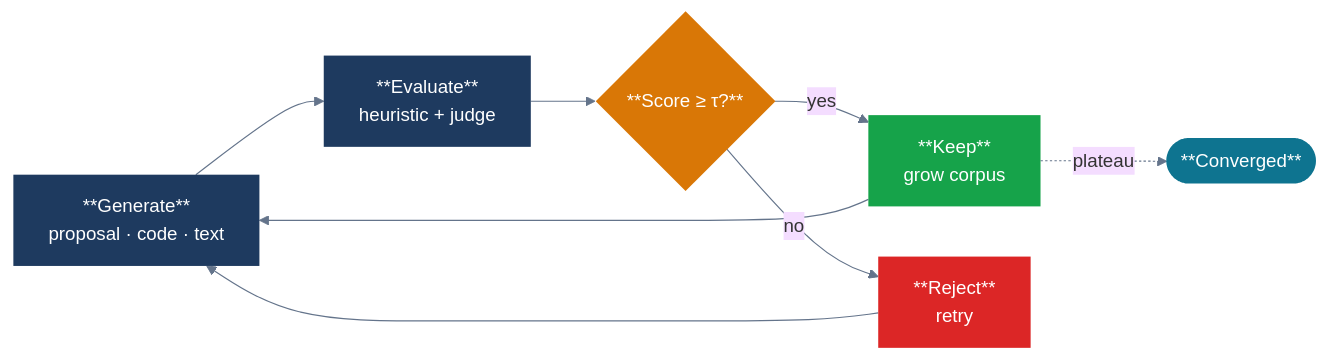
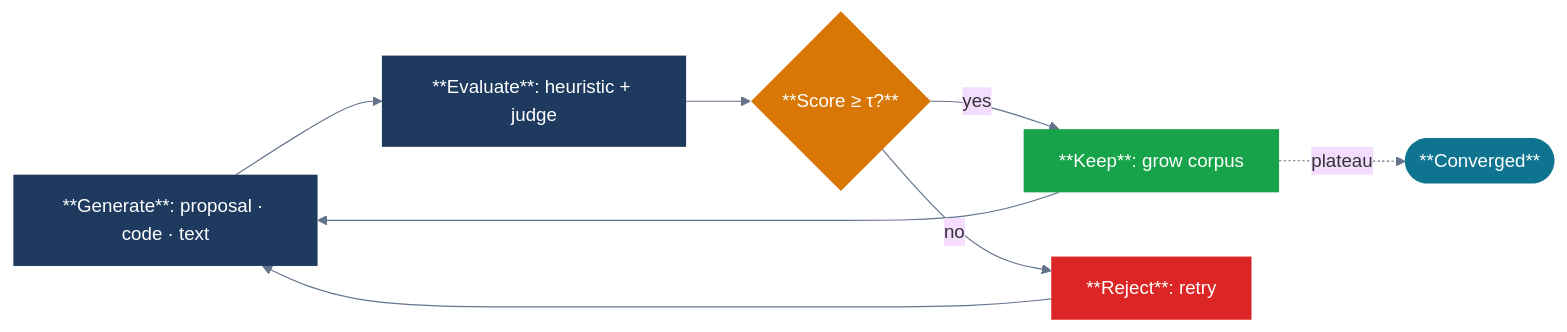
One commit to josefigueredo/multillm-adversarial-convergence changed the diagram in docs/showcase/patterns/01-evaluator-optimizer.mmd. Above: the diagram before and after it, drawn with Mermaid. The commit also changed 59 other files, not shown here.

```diff
--- a/docs/showcase/patterns/01-evaluator-optimizer.mmd
+++ b/docs/showcase/patterns/01-evaluator-optimizer.mmd
@@ -1,21 +1,21 @@
 %%{init: {'theme': 'base', 'themeVariables': {'fontSize': '16px', 'lineColor': '#64748b'}, 'flowchart': {'rankSpacing': 55, 'nodeSpacing': 30, 'curve': 'basis'}}}%%
 flowchart LR
-    G["**Generate**\nproposal · code · text"]
-    E["**Evaluate**\nheuristic + judge"]
+    G["**Generate**: proposal · code · text"]
+    E["**Evaluate**: heuristic + judge"]
     D{"**Score ≥ τ?**"}
-    K["**Keep**\ngrow corpus"]
-    R["**Reject**\nretry"]
+    K["**Keep**: grow corpus"]
+    R["**Reject**: retry"]
     OUT(["**Converged**"])
 
     G --> E --> D
     D -- yes --> K
     D -- no --> R --> G
     K --> G
     K -. plateau .-> OUT
 
     style G fill:#1e3a5f,color:#fff,stroke:none
     style E fill:#1e3a5f,color:#fff,stroke:none
     style D fill:#d97706,color:#fff,stroke:none
     style K fill:#16a34a,color:#fff,stroke:none
     style R fill:#dc2626,color:#fff,stroke:none
     style OUT fill:#0e7490,color:#fff,stroke:none
```
